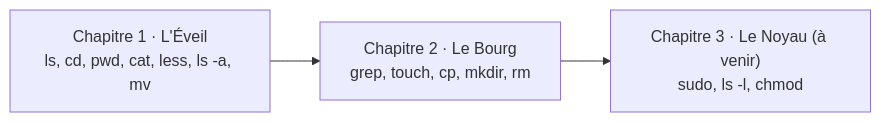
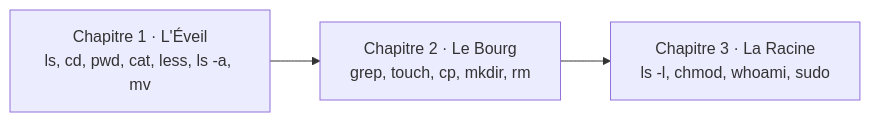
The diagram in docs/scenarios/terminus.md (Rouages-du-net/rouages.net), drawn with Mermaid before and after one commit. The commit also changed other lines of this file and 10 other files, not shown here.

First line of the commit message:
Terminus : chapitre 3 « La Racine », permissions et sudo

````diff
--- a/docs/scenarios/terminus.md
+++ b/docs/scenarios/terminus.md
@@ -43,5 +49,5 @@
 ```mermaid
 flowchart LR
   C1["Chapitre 1 · L'Éveil<br/>ls, cd, pwd, cat, less, ls -a, mv"] --> C2["Chapitre 2 · Le Bourg<br/>grep, touch, cp, mkdir, rm"]
-  C2 --> C3["Chapitre 3 · Le Noyau (à venir)<br/>sudo, ls -l, chmod"]
+  C2 --> C3["Chapitre 3 · La Racine<br/>ls -l, chmod, whoami, sudo"]
 ```
````
